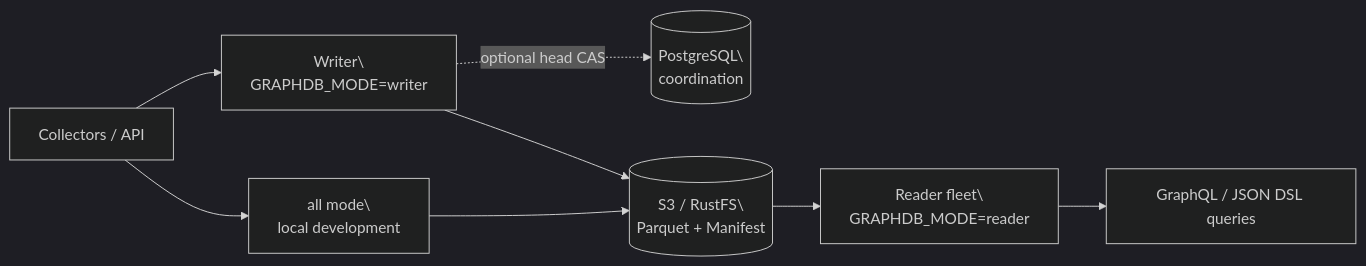
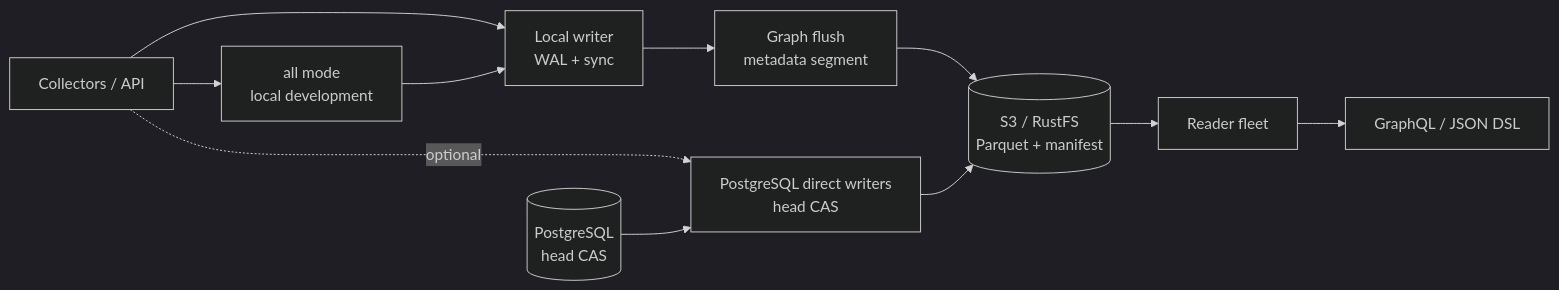
Before and after one commit to SamuelSupe/graphdb: the diagram in README.md, drawn with Mermaid (dark theme). The commit also changed other lines of this file and 55 other files, not shown here.

````diff
--- a/README.md
+++ b/README.md
@@ -38,10 +58,13 @@
 ```mermaid
 flowchart LR
-  A[Collectors / API] --> W[Writer\\nGRAPHDB_MODE=writer]
-  W -. optional head CAS .-> P[(PostgreSQL\\ncoordination)]
-  W --> O[(S3 / RustFS\\nParquet + Manifest)]
-  O --> R[Reader fleet\\nGRAPHDB_MODE=reader]
-  R --> Q[GraphQL / JSON DSL queries]
-  A --> A1[all mode\\nlocal development]
-  A1 --> O
+  C[Collectors / API] --> W[Local writer<br/>WAL + sync]
+  W --> M[Graph flush<br/>metadata segment]
+  M --> O[(S3 / RustFS<br/>Parquet + manifest)]
+  O --> R[Reader fleet]
+  R --> Q[GraphQL / JSON DSL]
+  C -. optional .-> D[PostgreSQL direct writers<br/>head CAS]
+  P[(PostgreSQL<br/>head CAS)] --> D
+  D --> O
+  C --> A[all mode<br/>local development]
+  A --> W
 ```
````
